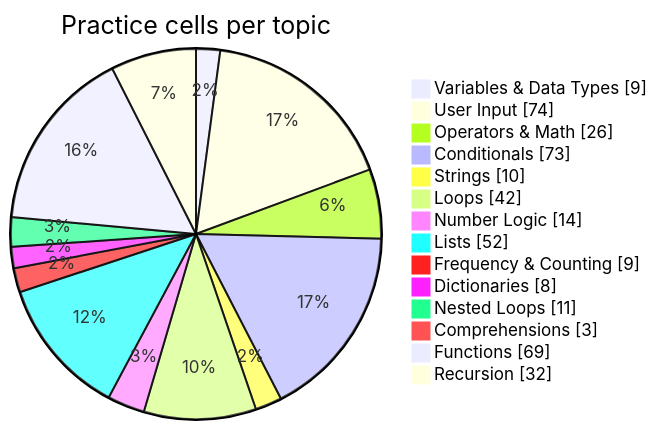
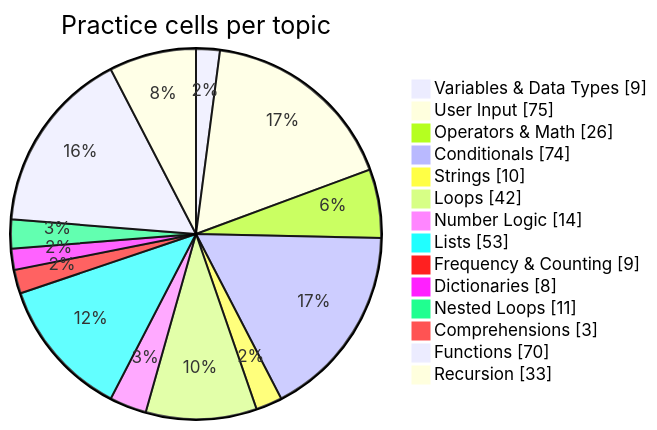
One commit to Phantom2101/Python-Daily-Practice changed the diagram in README.md. Above: the diagram before and after it, drawn with Mermaid. The commit also changed other lines of this file and 1 other file, not shown here.

````diff
--- a/README.md
+++ b/README.md
@@ -126,17 +126,17 @@
 ```mermaid
 pie showData title Practice cells per topic
     "Variables & Data Types" : 9
-    "User Input" : 74
+    "User Input" : 75
     "Operators & Math" : 26
-    "Conditionals" : 73
+    "Conditionals" : 74
     "Strings" : 10
     "Loops" : 42
     "Number Logic" : 14
-    "Lists" : 52
+    "Lists" : 53
     "Frequency & Counting" : 9
     "Dictionaries" : 8
     "Nested Loops" : 11
     "Comprehensions" : 3
-    "Functions" : 69
-    "Recursion" : 32
+    "Functions" : 70
+    "Recursion" : 33
 ```
````
